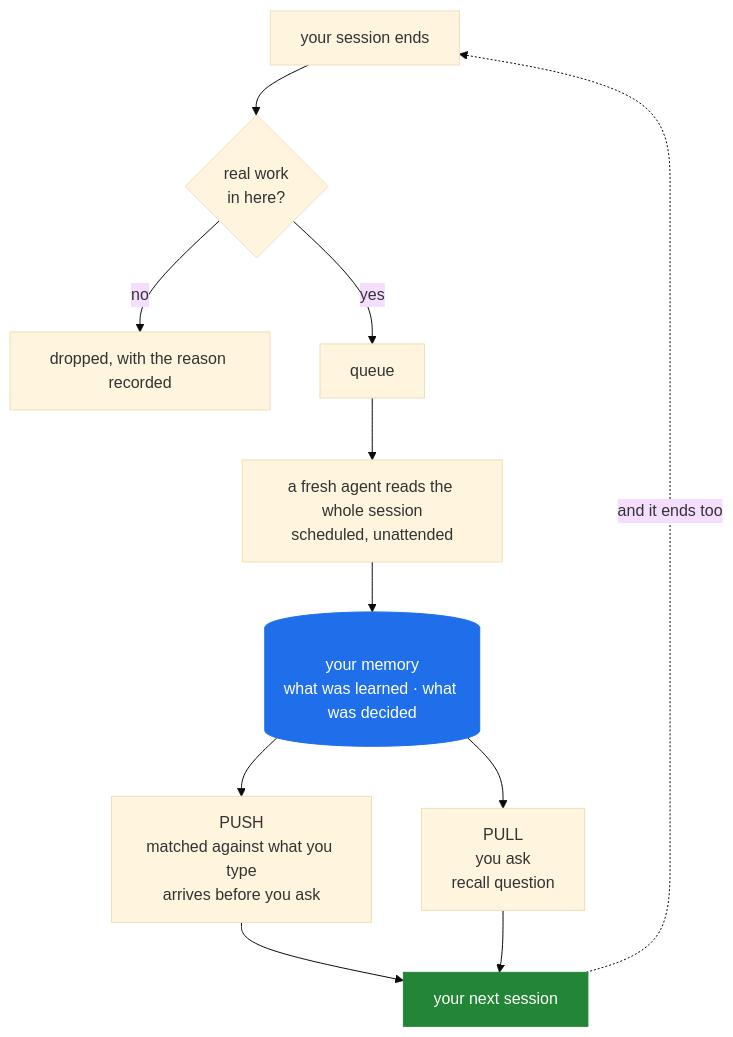
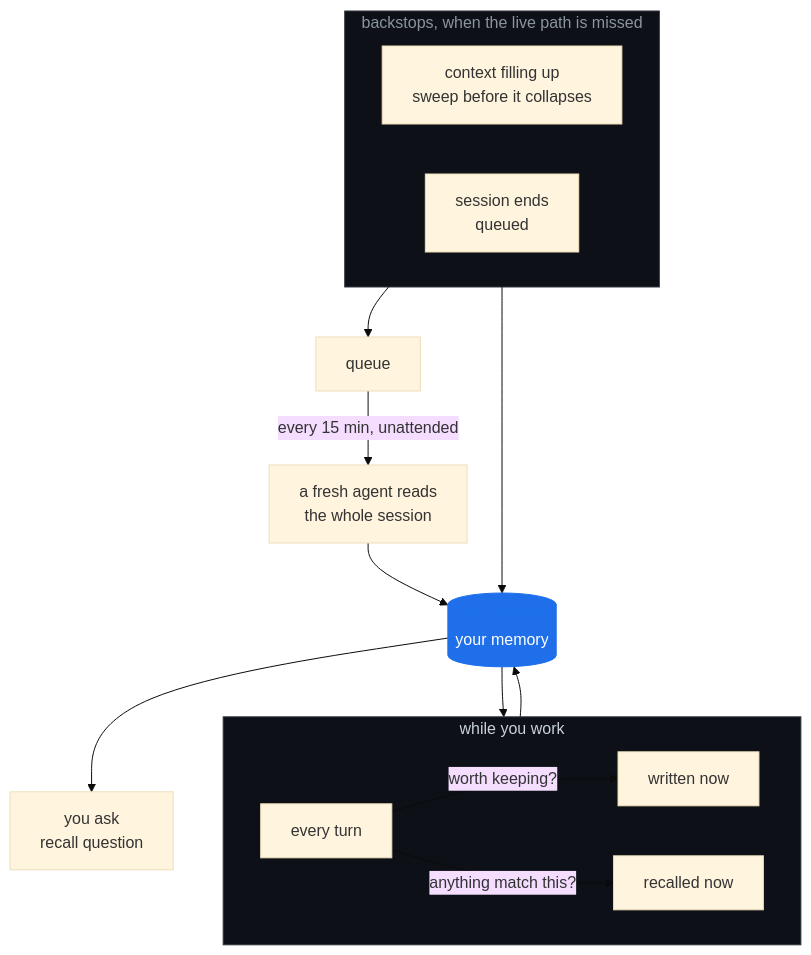
Before and after one commit to ok-wow/recall: the diagram in README.md, drawn with Mermaid (base theme). The commit also changed other lines of this file, not shown here.

Commit message:
docs: the diagram showed the wrong flow
It drew capture as a batch job at session end. Capture is LIVE — six hook
registrations across UserPromptSubmit, PostToolUse and PostToolUseFailure,
so every turn is both a chance to write something down and a chance to get
something back. Session end is a backstop, not the mechanism.

Three ways in, one memory, two ways out. The queue and the 15-minute drain
are what catch a session the live path missed, and context pressure triggers
a sweep before the window collapses.

Added the reason the live path is worth having: a lesson captured when it is
learned carries what it cost. Reconstructed from a transcript three hours
later it carries a summary of it.

Still Mermaid, so it stays diffable; render-tested before committing.

````diff
--- a/README.md
+++ b/README.md
@@ -33,16 +35,28 @@
 ```mermaid
 flowchart TB
-    S["your session ends"] --> G{"real work<br/>in here?"}
-    G -->|no| X["dropped, with the reason recorded"]
-    G -->|yes| Q["queue"]
-    Q --> D["a fresh agent reads the whole session<br/>scheduled, unattended"]
-    D --> M[("your memory<br/>what was learned · what was decided")]
-    M --> P["PUSH<br/>matched against what you type<br/>arrives before you ask"]
-    M --> L["PULL<br/>you ask<br/>recall question"]
-    P --> N["your next session"]
-    L --> N
-    N -.->|and it ends too| S
+    subgraph LIVE["while you work"]
+        direction LR
+        T["every turn"]
+        T -->|"worth keeping?"| W["written now"]
+        T -->|"anything match this?"| R["recalled now"]
+    end
+
+    subgraph BACK["backstops, when the live path is missed"]
+        direction LR
+        P["context filling up<br/>sweep before it collapses"]
+        E["session ends<br/>queued"]
+    end
+
+    W --> M
+    P --> M
+    E --> Q["queue"]
+    Q -->|"every 15 min, unattended"| F["a fresh agent reads<br/>the whole session"]
+    F --> M
+
+    M[("your memory")] --> R
+    M --> A["you ask<br/>recall question"]
 
     style M fill:#1f6feb,stroke:#1f6feb,color:#fff
-    style N fill:#238636,stroke:#238636,color:#fff
+    style LIVE fill:#0d1117,stroke:#30363d,color:#c9d1d9
+    style BACK fill:#0d1117,stroke:#30363d,color:#8b949e
 ```
````
